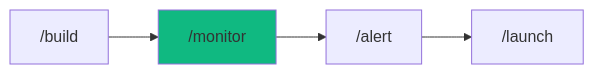
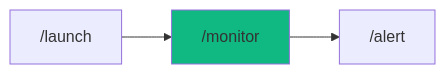
Before and after one commit to pikakit/agent-skills: the diagram in .agent/workflows/monitor.md, drawn with Mermaid. The commit also changed other lines of this file and 272 other files, not shown here.

````diff
--- a/.agent/workflows/monitor.md
+++ b/.agent/workflows/monitor.md
@@ -305,7 +240,6 @@
 ```mermaid
 graph LR
-    A["/build"] --> B["/monitor"]
+    A["/launch"] --> B["/monitor"]
     B --> C["/alert"]
-    C --> D["/launch"]
     style B fill:#10b981
 ```
````
